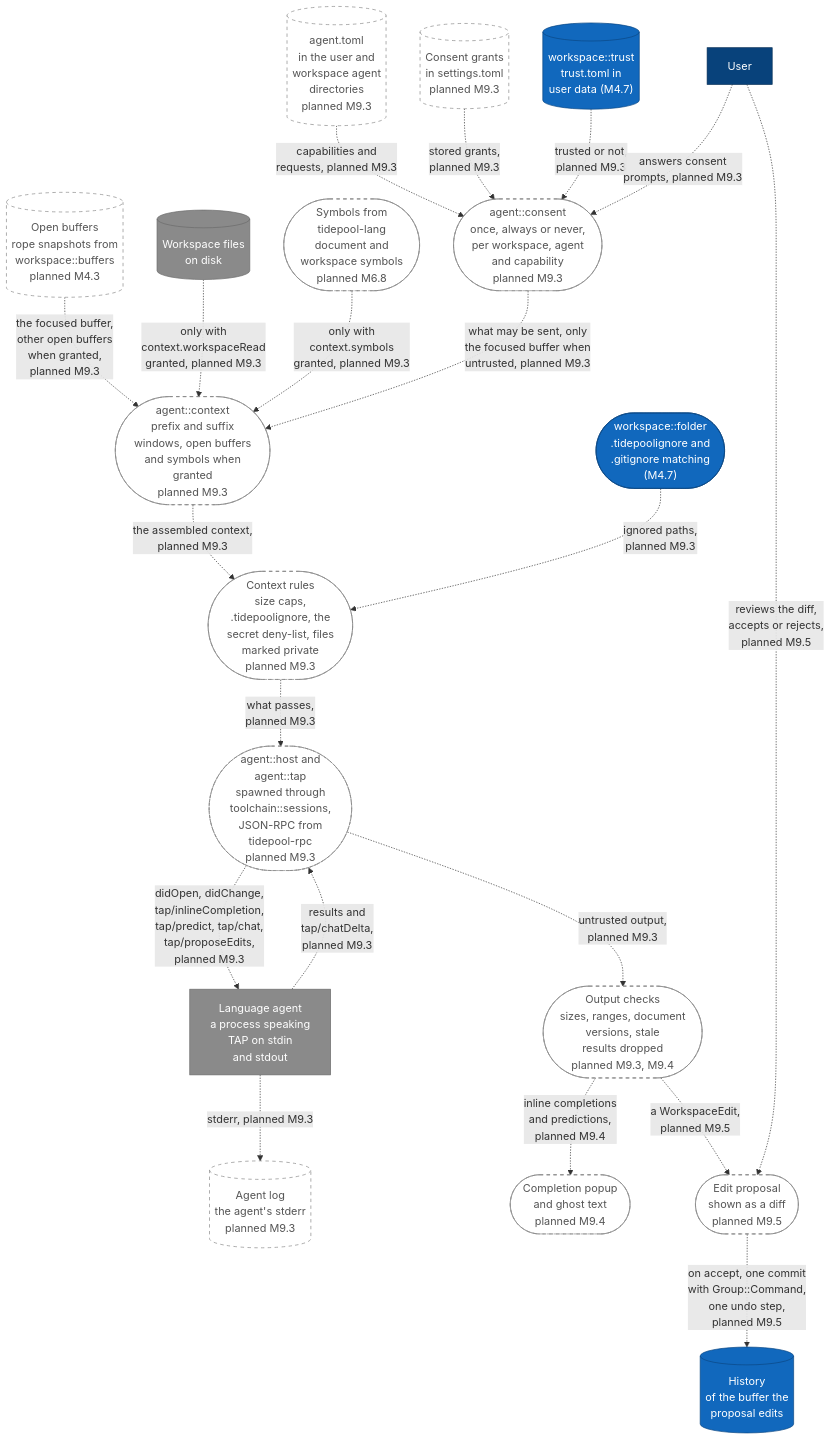
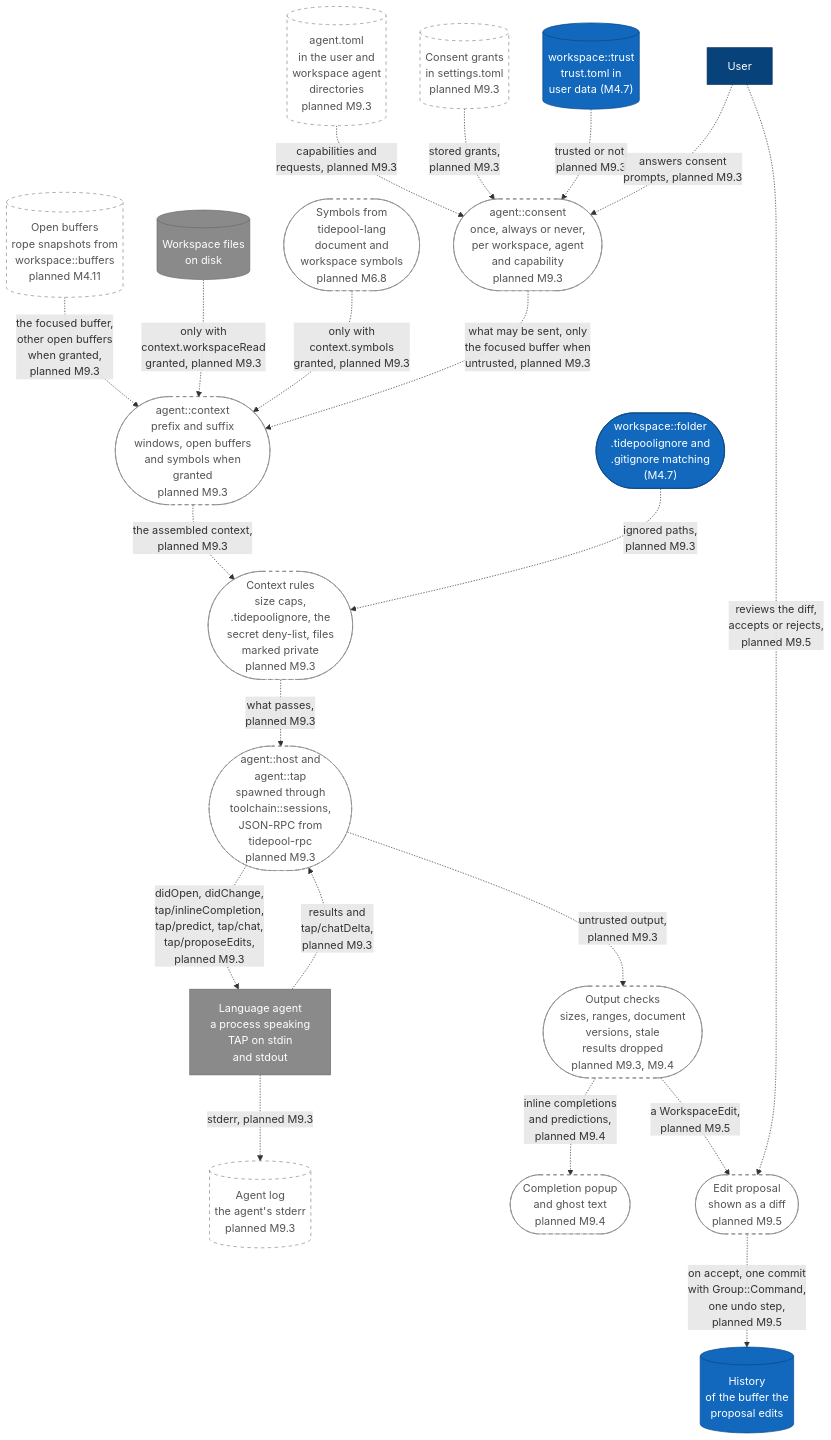
The fifth of 19 diagrams in diagrams/data-flow-and-state.md (jabbott-iii/Tidepool), drawn with Mermaid before and after one commit. The commit also changed other lines of this file and 28 other files, not shown here.

````diff
--- a/diagrams/data-flow-and-state.md
+++ b/diagrams/data-flow-and-state.md
@@ -254,52 +255,52 @@
 ```mermaid
 flowchart TB
     user["User"]
     agentProc["Language agent<br/>a process speaking<br/>TAP on stdin<br/>and stdout"]
     files[("Workspace files<br/>on disk")]
-    buffers[("Open buffers<br/>rope snapshots from<br/>workspace::buffers<br/>planned M4.3")]
+    buffers[("Open buffers<br/>rope snapshots from<br/>workspace::buffers<br/>planned M4.11")]
     symbols(["Symbols from<br/>tidepool-lang<br/>document and<br/>workspace symbols<br/>planned M6.8"])
     manifest[("agent.toml<br/>in the user and<br/>workspace agent<br/>directories<br/>planned M9.3")]
     grants[("Consent grants<br/>in settings.toml<br/>planned M9.3")]
     trustStore[("workspace::trust<br/>trust.toml in<br/>user data (M4.7)")]
     ignore(["workspace::folder<br/>.tidepoolignore and<br/>.gitignore matching<br/>(M4.7)"])
     consent(["agent::consent<br/>once, always or never,<br/>per workspace, agent<br/>and capability<br/>planned M9.3"])
     context(["agent::context<br/>prefix and suffix<br/>windows, open buffers<br/>and symbols when<br/>granted<br/>planned M9.3"])
     rules(["Context rules<br/>size caps,<br/>.tidepoolignore, the<br/>secret deny-list, files<br/>marked private<br/>planned M9.3"])
     host(["agent::host and<br/>agent::tap<br/>spawned through<br/>toolchain::sessions,<br/>JSON-RPC from<br/>tidepool-rpc<br/>planned M9.3"])
     agentLog[("Agent log<br/>the agent's stderr<br/>planned M9.3")]
     checks(["Output checks<br/>sizes, ranges, document<br/>versions, stale<br/>results dropped<br/>planned M9.3, M9.4"])
     ghost(["Completion popup<br/>and ghost text<br/>planned M9.4"])
     proposal(["Edit proposal<br/>shown as a diff<br/>planned M9.5"])
     hist[("History<br/>of the buffer the<br/>proposal edits")]
 
     buffers -.->|"the focused buffer,<br/>other open buffers<br/>when granted,<br/>planned M9.3"| context
     files -.->|"only with<br/>context.workspaceRead<br/>granted, planned M9.3"| context
     symbols -.->|"only with<br/>context.symbols<br/>granted, planned M9.3"| context
     manifest -.->|"capabilities and<br/>requests, planned M9.3"| consent
     grants -.->|"stored grants,<br/>planned M9.3"| consent
     trustStore -.->|"trusted or not,<br/>planned M9.3"| consent
     user -.->|"answers consent<br/>prompts, planned M9.3"| consent
     consent -.->|"what may be sent, only<br/>the focused buffer when<br/>untrusted, planned M9.3"| context
     context -.->|"the assembled context,<br/>planned M9.3"| rules
     ignore -.->|"ignored paths,<br/>planned M9.3"| rules
     rules -.->|"what passes,<br/>planned M9.3"| host
     host -.->|"didOpen, didChange,<br/>tap/inlineCompletion,<br/>tap/predict, tap/chat,<br/>tap/proposeEdits,<br/>planned M9.3"| agentProc
     agentProc -.->|"results and<br/>tap/chatDelta,<br/>planned M9.3"| host
     agentProc -.->|"stderr, planned M9.3"| agentLog
     host -.->|"untrusted output,<br/>planned M9.3"| checks
     checks -.->|"inline completions<br/>and predictions,<br/>planned M9.4"| ghost
     checks -.->|"a WorkspaceEdit,<br/>planned M9.5"| proposal
     user -.->|"reviews the diff,<br/>accepts or rejects,<br/>planned M9.5"| proposal
     proposal -.->|"on accept, one commit<br/>with Group::Command,<br/>one undo step,<br/>planned M9.5"| hist
 
     classDef person fill:#08427b,stroke:#052e56,color:#ffffff
     classDef built fill:#1168bd,stroke:#0b4884,color:#ffffff
     classDef external fill:#8a8a8a,stroke:#6b6b6b,color:#ffffff
     classDef planned fill:#ffffff,stroke:#888888,stroke-dasharray: 5 5,color:#555555
     classDef store fill:#1168bd,stroke:#0b4884,color:#ffffff
     class user person
     class agentProc,files external
     class hist,trustStore store
     class ignore built
     class buffers,symbols,manifest,grants,consent,context,rules,host,agentLog,checks,ghost,proposal planned
 ```
````
